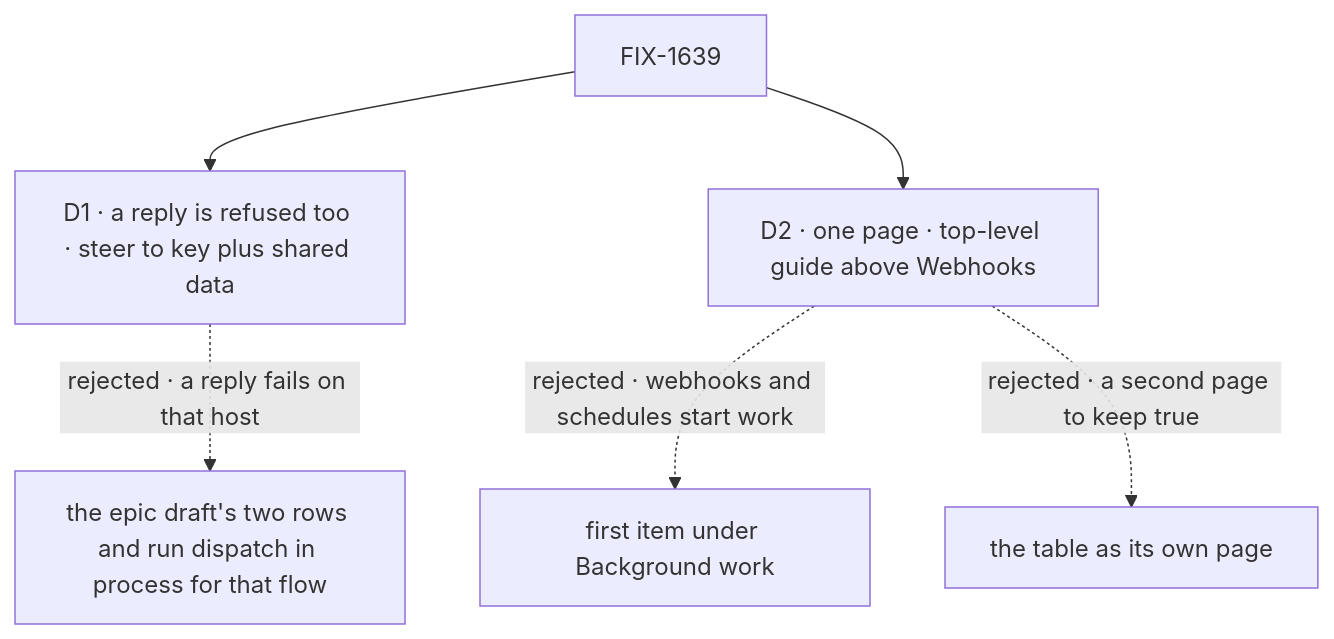
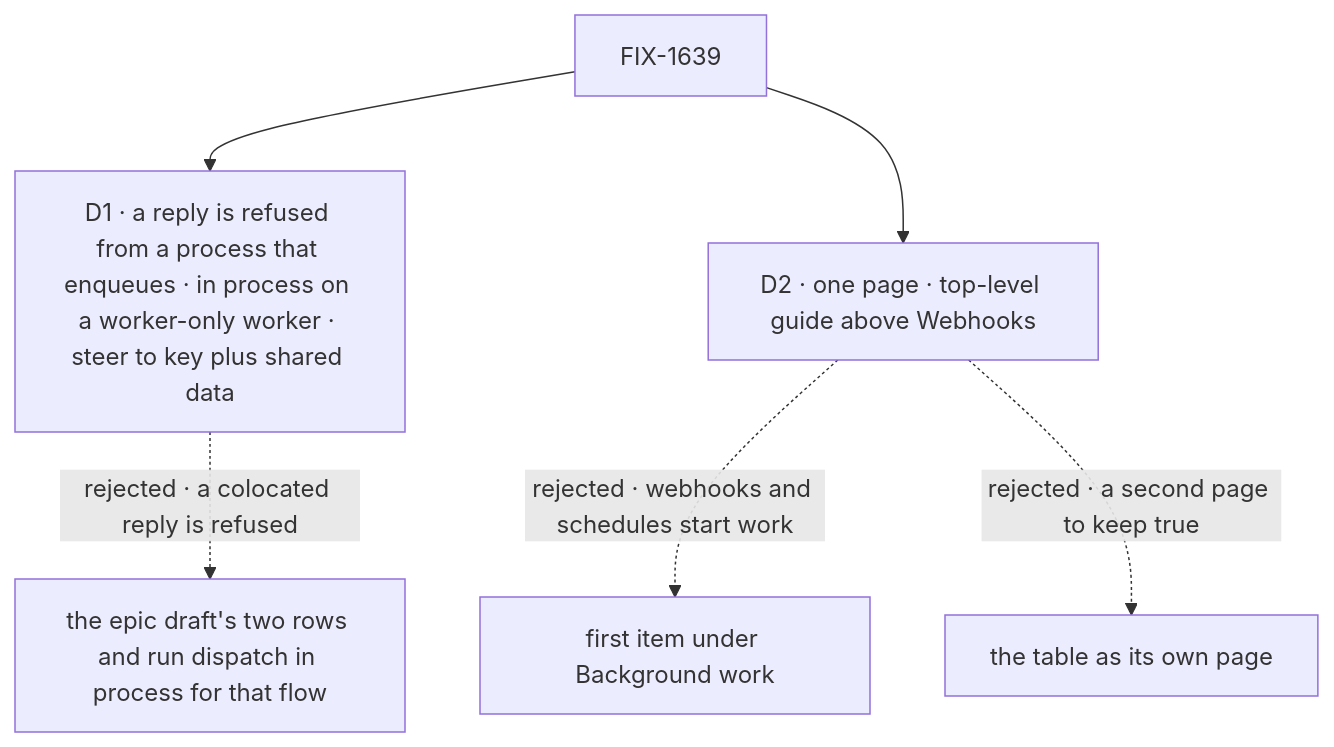
Before and after one commit to fixpoint-labs/flow-state-dev: the diagram in specs/issues/FIX-1639/DECISIONS.md, drawn with Mermaid. The commit also changed other lines of this file and 15 other files, not shown here.

````diff
--- a/specs/issues/FIX-1639/DECISIONS.md
+++ b/specs/issues/FIX-1639/DECISIONS.md
@@ -12,8 +12,8 @@
 ```mermaid
 flowchart TD
-  I["FIX-1639"] --> D1["D1 · a reply is refused too · steer to key plus shared data"]
-  D1 -.->|"rejected · a reply fails on that host"| X1["the epic draft's two rows and run dispatch in process for that flow"]
+  I["FIX-1639"] --> D1["D1 · a reply is refused from a process that enqueues · in process on a worker-only worker · steer to key plus shared data"]
+  D1 -.->|"rejected · a colocated reply is refused"| X1["the epic draft's two rows and run dispatch in process for that flow"]
   I --> D2["D2 · one page · top-level guide above Webhooks"]
   D2 -.->|"rejected · webhooks and schedules start work"| X2["first item under Background work"]
   D2 -.->|"rejected · a second page to keep true"| X2b["the table as its own page"]
 ```
````
